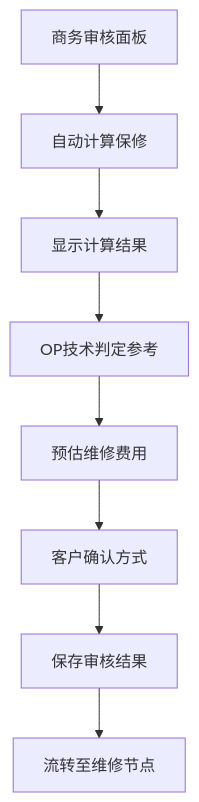
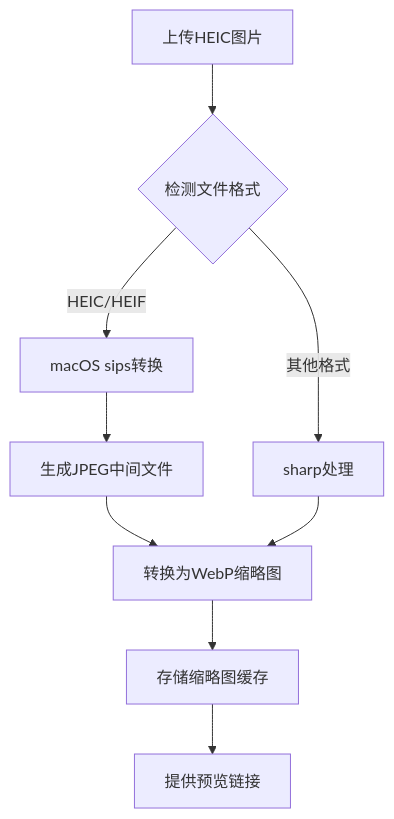
Before and after one commit to CubeEdge/Longhorn: diagram 17 of 27 in .qoder/repowiki/zh/content/前端组件架构/服务工作流增强/服务工作流增强.md, drawn with Mermaid. The commit also changed other lines of this file and 26 other files, not shown here.

````diff
--- a/.qoder/repowiki/zh/content/前端组件架构/服务工作流增强/服务工作流增强.md
+++ b/.qoder/repowiki/zh/content/前端组件架构/服务工作流增强/服务工作流增强.md
@@ -937,10 +875,11 @@
 ```mermaid
 flowchart TD
-A[商务审核面板] --> B[自动计算保修]
-B --> C[显示计算结果]
-C --> D[OP技术判定参考]
-D --> E[预估维修费用]
-E --> F[客户确认方式]
-F --> G[保存审核结果]
-G --> H[流转至维修节点]
+A[上传HEIC图片] --> B{检测文件格式}
+B --> |HEIC/HEIF| C[macOS sips转换]
+B --> |其他格式| D[sharp处理]
+C --> E[生成JPEG中间文件]
+E --> F[转换为WebP缩略图]
+D --> F
+F --> G[存储缩略图缓存]
+G --> H[提供预览链接]
 ```
````
